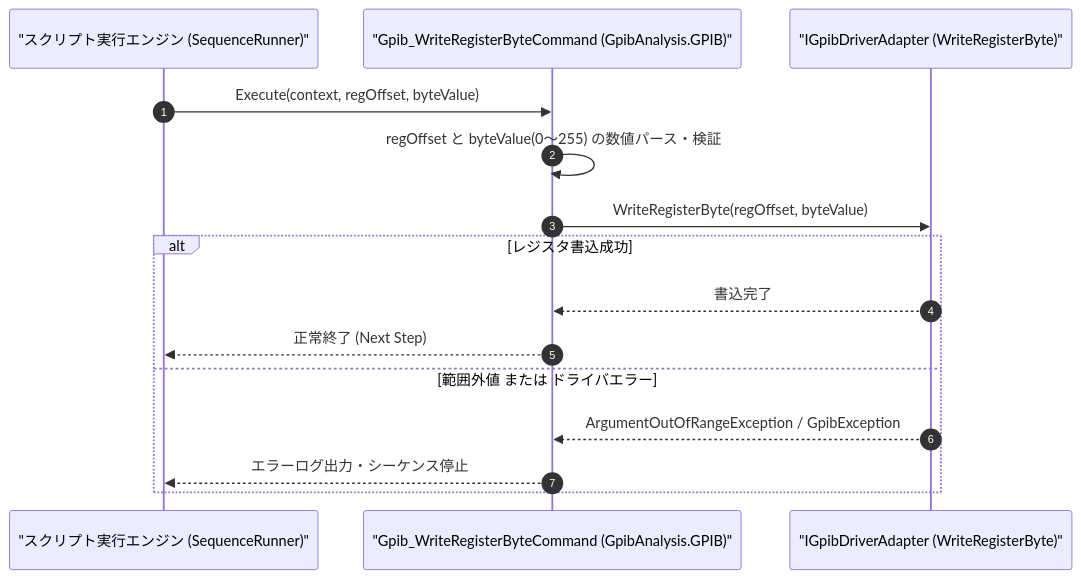
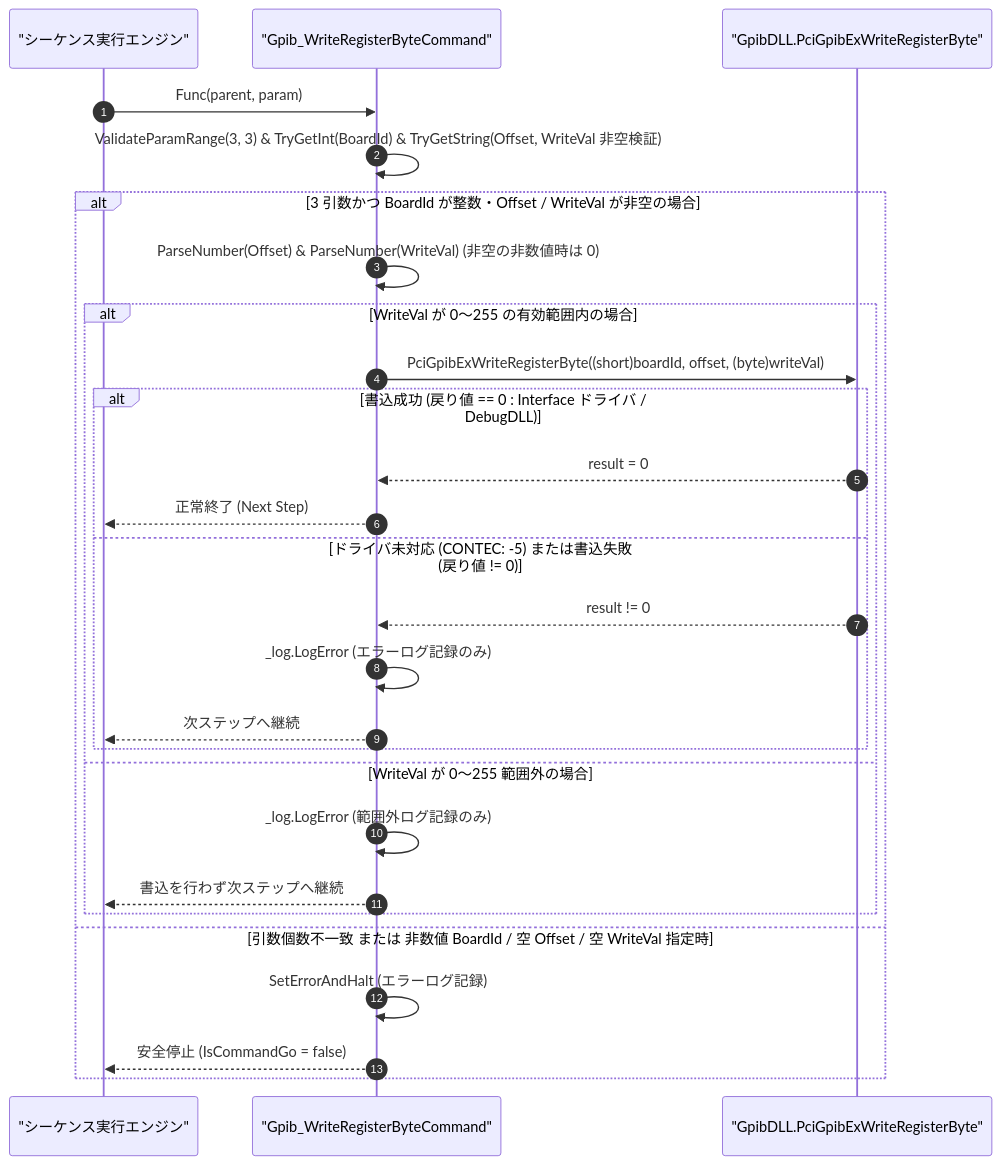
One commit to Monaca-App/GpibAddIn changed the diagram in Manual/GPIB/Gpib_WriteRegisterByte.Md. Above: the diagram before and after it, drawn with Mermaid. The commit also changed other lines of this file and 32 other files, not shown here.

````diff
--- a/Manual/GPIB/Gpib_WriteRegisterByte.Md
+++ b/Manual/GPIB/Gpib_WriteRegisterByte.Md
@@ -66,18 +66,30 @@
 ```mermaid
 sequenceDiagram
     autonumber
-    participant Script as "スクリプト実行エンジン (SequenceRunner)"
-    participant Cmd as "Gpib_WriteRegisterByteCommand (GpibAnalysis.GPIB)"
-    participant Drv as "IGpibDriverAdapter (WriteRegisterByte)"
+    participant Script as "シーケンス実行エンジン"
+    participant Cmd as "Gpib_WriteRegisterByteCommand"
+    participant Dll as "GpibDLL.PciGpibExWriteRegisterByte"
 
-    Script->>Cmd: Execute(context, regOffset, byteValue)
-    Cmd->>Cmd: regOffset と byteValue(0〜255) の数値パース・検証
-    Cmd->>Drv: WriteRegisterByte(regOffset, byteValue)
-    alt レジスタ書込成功
-        Drv-->>Cmd: 書込完了
-        Cmd-->>Script: 正常終了 (Next Step)
-    else 範囲外値 または ドライバエラー
-        Drv-->>Cmd: ArgumentOutOfRangeException / GpibException
-        Cmd-->>Script: エラーログ出力・シーケンス停止
+    Script->>Cmd: Func(parent, param)
+    Cmd->>Cmd: ValidateParamRange(3, 3) & TryGetInt(BoardId) & TryGetString(Offset, WriteVal 非空検証)
+    alt 3 引数かつ BoardId が整数・Offset / WriteVal が非空の場合
+        Cmd->>Cmd: ParseNumber(Offset) & ParseNumber(WriteVal) (非空の非数値時は 0)
+        alt WriteVal が 0〜255 の有効範囲内の場合
+            Cmd->>Dll: PciGpibExWriteRegisterByte((short)boardId, offset, (byte)writeVal)
+            alt 書込成功 (戻り値 == 0 : Interface ドライバ / DebugDLL)
+                Dll-->>Cmd: result = 0
+                Cmd-->>Script: 正常終了 (Next Step)
+            else ドライバ未対応 (CONTEC: -5) または書込失敗 (戻り値 != 0)
+                Dll-->>Cmd: result != 0
+                Cmd->>Cmd: _log.LogError (エラーログ記録のみ)
+                Cmd-->>Script: 次ステップへ継続
+            end
+        else WriteVal が 0〜255 範囲外の場合
+            Cmd->>Cmd: _log.LogError (範囲外ログ記録のみ)
+            Cmd-->>Script: 書込を行わず次ステップへ継続
+        end
+    else 引数個数不一致 または 非数値 BoardId / 空 Offset / 空 WriteVal 指定時
+        Cmd->>Cmd: SetErrorAndHalt (エラーログ記録)
+        Cmd-->>Script: 安全停止 (IsCommandGo = false)
     end
 ```
````
